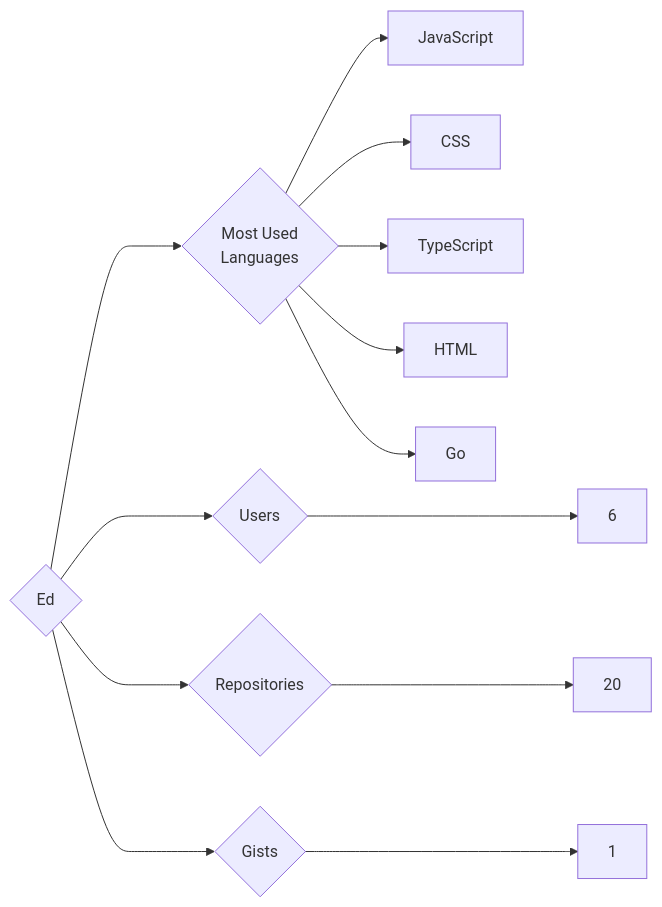
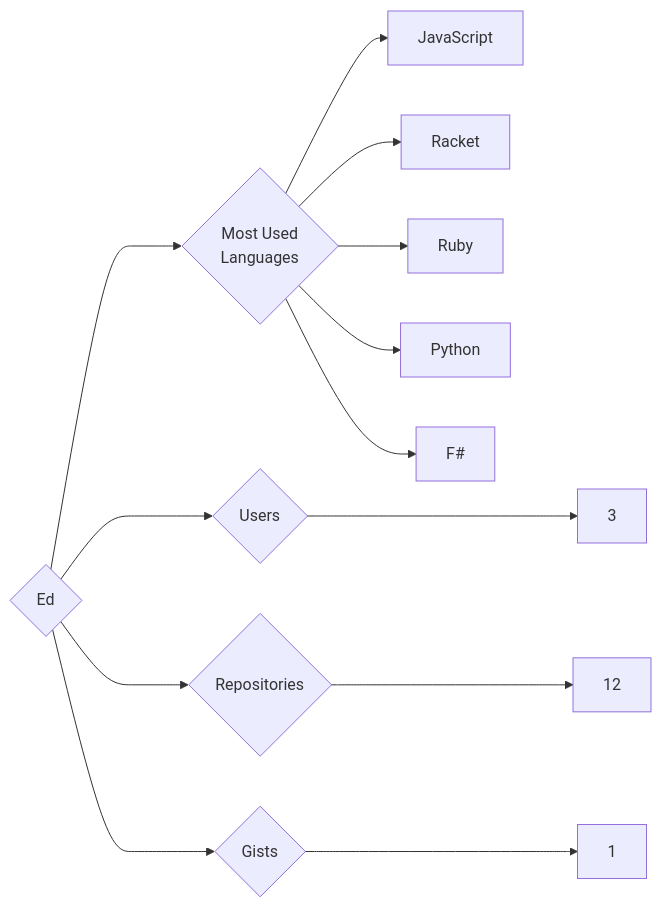
The diagram in targets/Ed/README.md (trickest/insiders), drawn with Mermaid before and after one commit. The commit also changed 1149 other files, not shown here.

````diff
--- a/targets/Ed/README.md
+++ b/targets/Ed/README.md
@@ -3,13 +3,13 @@
 ```mermaid
 graph LR
 COMPANY_NAME{Ed}
-COMPANY_NAME ---> U{Users} ---> UN[6]
-COMPANY_NAME ---> R{Repositories} ---> RN[20]
+COMPANY_NAME ---> U{Users} ---> UN[3]
+COMPANY_NAME ---> R{Repositories} ---> RN[12]
 COMPANY_NAME ---> G{Gists} ---> GN[1]
 COMPANY_NAME ---> ML{Most Used<br>Languages}
 ML --> JavaScript[JavaScript]
-ML --> CSS[CSS]
-ML --> TypeScript[TypeScript]
-ML --> HTML[HTML]
-ML --> Go[Go]
+ML --> Racket[Racket]
+ML --> Ruby[Ruby]
+ML --> Python[Python]
+ML --> F#[F#]
 ```
````
